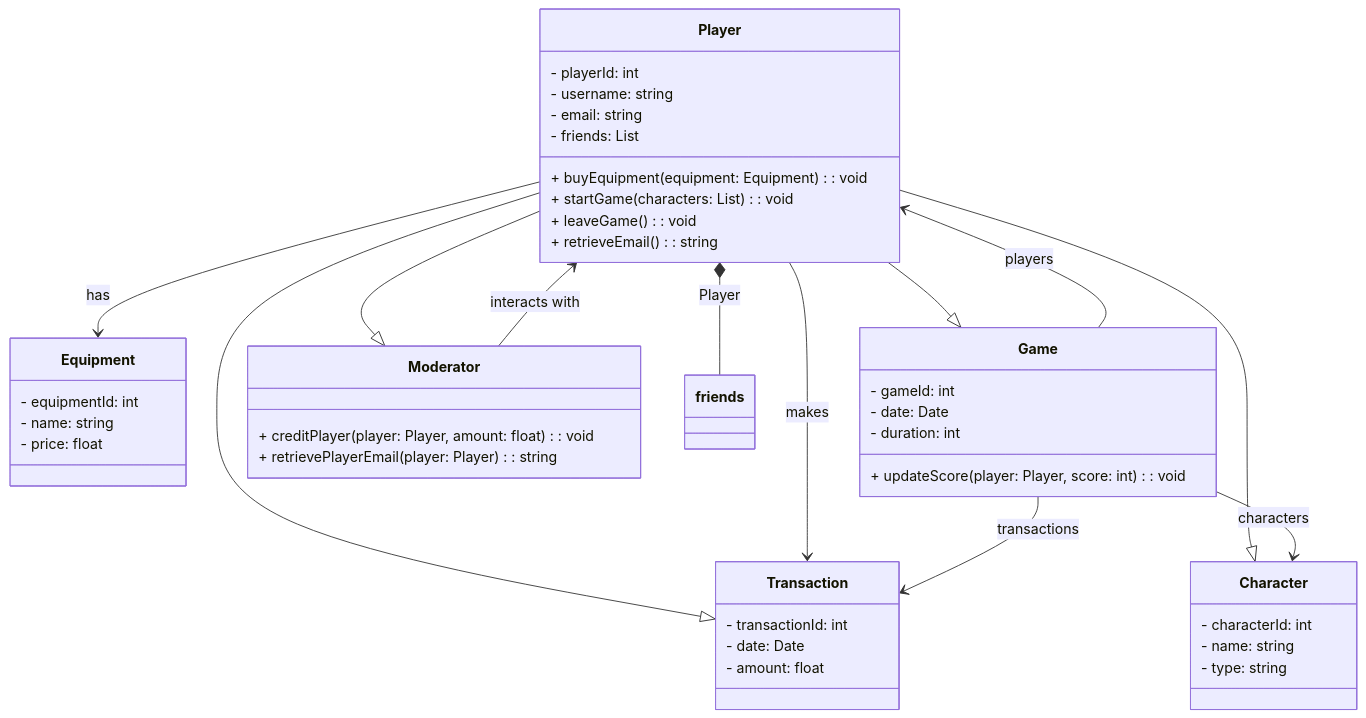
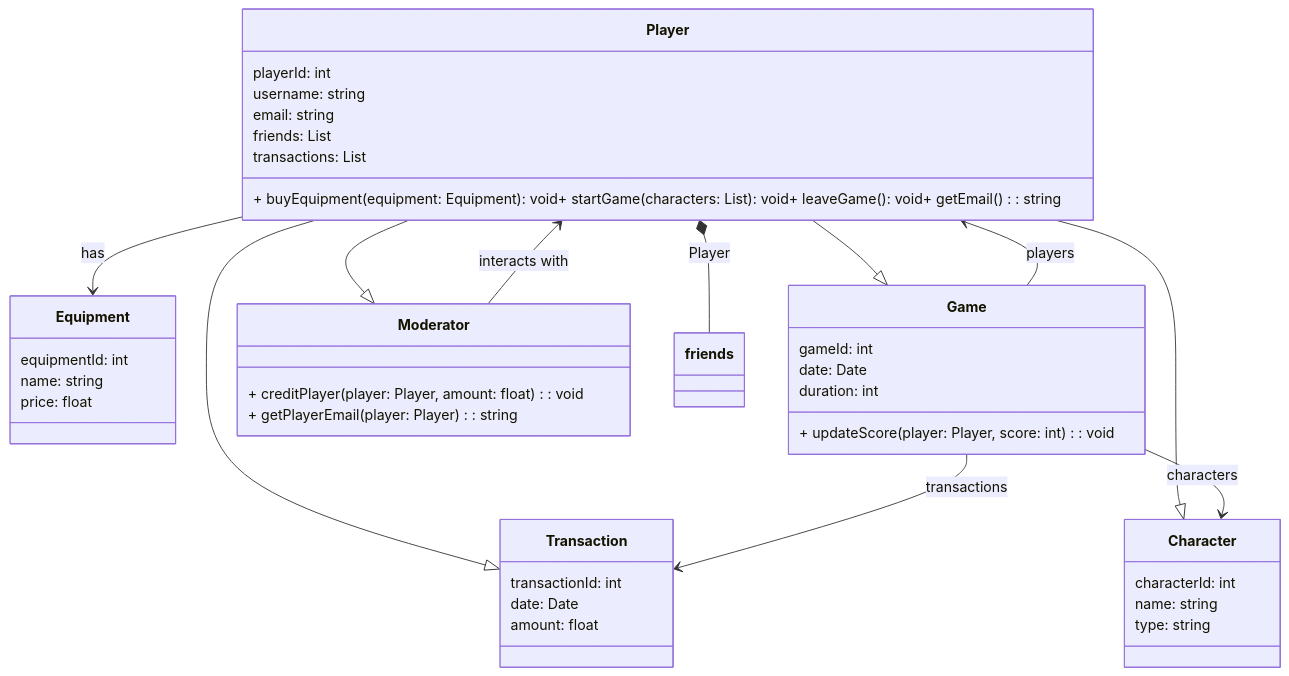
Before and after one commit to ROUBAUD-Axel-2225073b/TD3uml: the sixth of 6 diagrams in README.md, drawn with Mermaid.

````diff
--- a/README.md
+++ b/README.md
@@ -113,57 +113,59 @@
 ```mermaid
 
 classDiagram
   class Player {
-    - playerId: int
-    - username: string
-    - email: string
-    - friends: List<Player>
-    + buyEquipment(equipment: Equipment): void
-    + startGame(characters: List<Character>): void
-    + leaveGame(): void
-    + retrieveEmail(): string
-  }
+    
+playerId: int
+username: string
+email: string
+friends: List<Player>
+transactions: List<Transaction>
++ buyEquipment(equipment: Equipment): void+ startGame(characters: List<Character>): void+ leaveGame(): void+ getEmail(): string
+}
 
   class Equipment {
-    - equipmentId: int
-    - name: string
-    - price: float
-  }
+    
+equipmentId: int
+name: string
+price: float
+}
 
   class Character {
-    - characterId: int
-    - name: string
-    - type: string
-  }
+    
+characterId: int
+name: string
+type: string
+}
 
   class Game {
-    - gameId: int
-    - date: Date
-    - duration: int
-    + updateScore(player: Player, score: int): void
-  }
+    
+gameId: int
+date: Date
+duration: int
++ updateScore(player: Player, score: int): void
+}
 
   class Transaction {
-    - transactionId: int
-    - date: Date
-    - amount: float
-  }
+    
+transactionId: int
+date: Date
+amount: float
+}
 
   class Moderator {
     + creditPlayer(player: Player, amount: float): void
-    + retrievePlayerEmail(player: Player): string
+    + getPlayerEmail(player: Player): string
   }
 
   Player --|> Transaction
   Player --|> Character
   Player --|> Game
   Player --|> Moderator
   Player *-- friends: Player
   Player --> Equipment: has
-  Player --> Transaction: makes
   Game --> Player: players
   Game --> Character: characters
   Game --> Transaction: transactions
   Moderator --> Player: interacts with
 
 ```
````
